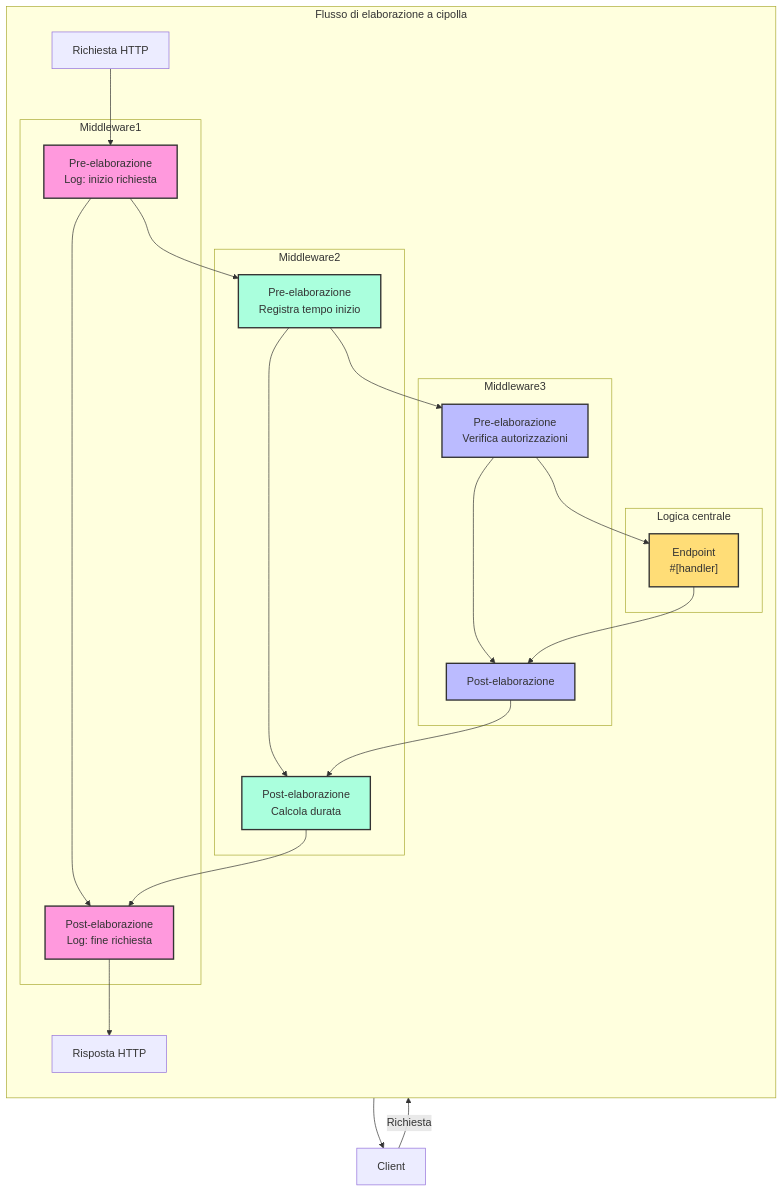
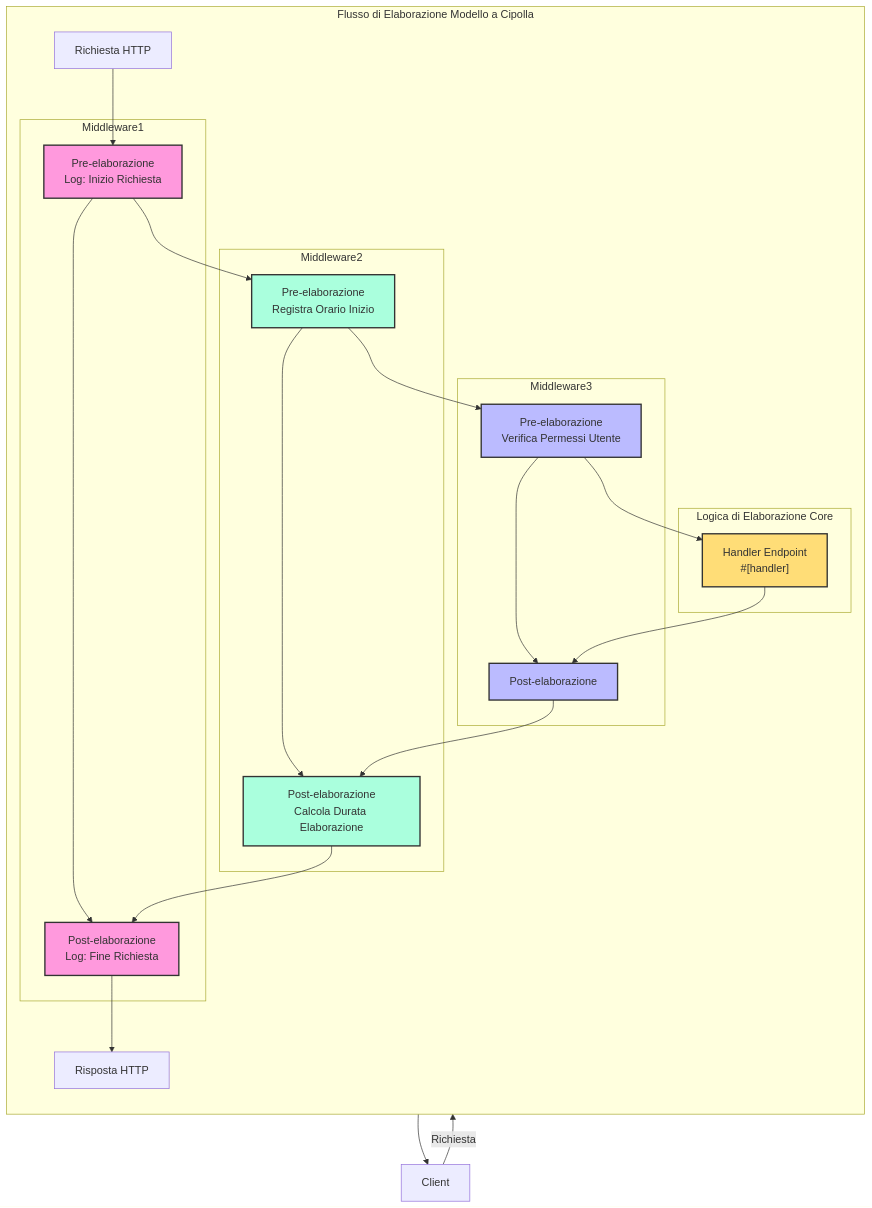
Before and after one commit to salvo-rs/website: the second of 2 diagrams in docs/it/guide/concepts/handler.mdx, drawn with Mermaid. The commit also changed other lines of this file and 1062 other files, not shown here.

````diff
--- a/docs/it/guide/concepts/handler.mdx
+++ b/docs/it/guide/concepts/handler.mdx
@@ -60,45 +59,45 @@
 ```mermaid
 flowchart TB
     Client[Client] -->|Richiesta| Request[Richiesta HTTP]
 
-    subgraph "Flusso di elaborazione a cipolla"
+    subgraph "Flusso di Elaborazione Modello a Cipolla"
         direction TB
 
         subgraph M1["Middleware1"]
-            M1A["Pre-elaborazione<br>Log: inizio richiesta"] --> M1B["Post-elaborazione<br>Log: fine richiesta"]
+            M1A["Pre-elaborazione<br>Log: Inizio Richiesta"] --> M1B["Post-elaborazione<br>Log: Fine Richiesta"]
         end
 
         subgraph M2["Middleware2"]
-            M2A["Pre-elaborazione<br>Registra tempo inizio"] --> M2B["Post-elaborazione<br>Calcola durata"]
+            M2A["Pre-elaborazione<br>Registra Orario Inizio"] --> M2B["Post-elaborazione<br>Calcola Durata Elaborazione"]
         end
 
         subgraph M3["Middleware3"]
-            M3A["Pre-elaborazione<br>Verifica autorizzazioni"] --> M3B["Post-elaborazione<br>"]
+            M3A["Pre-elaborazione<br>Verifica Permessi Utente"] --> M3B["Post-elaborazione<br>"]
         end
 
-        subgraph Core["Logica centrale"]
-            Handler["Endpoint<br>#[handler]"]
+        subgraph Core["Logica di Elaborazione Core"]
+            Handler["Handler Endpoint<br>#[handler]"]
         end
 
         Request --> M1A
         M1A --> M2A
         M2A --> M3A
         M3A --> Handler
         Handler --> M3B
         M3B --> M2B
         M2B --> M1B
         M1B --> Response
     end
 
     Response[Risposta HTTP] --> Client
 
     classDef middleware1 fill:#f9d,stroke:#333,stroke-width:2px;
     classDef middleware2 fill:#afd,stroke:#333,stroke-width:2px;
     classDef middleware3 fill:#bbf,stroke:#333,stroke-width:2px;
     classDef core fill:#fd7,stroke:#333,stroke-width:2px;
 
     class M1A,M1B middleware1;
     class M2A,M2B middleware2;
     class M3A,M3B middleware3;
     class Handler core;
 ```
````
